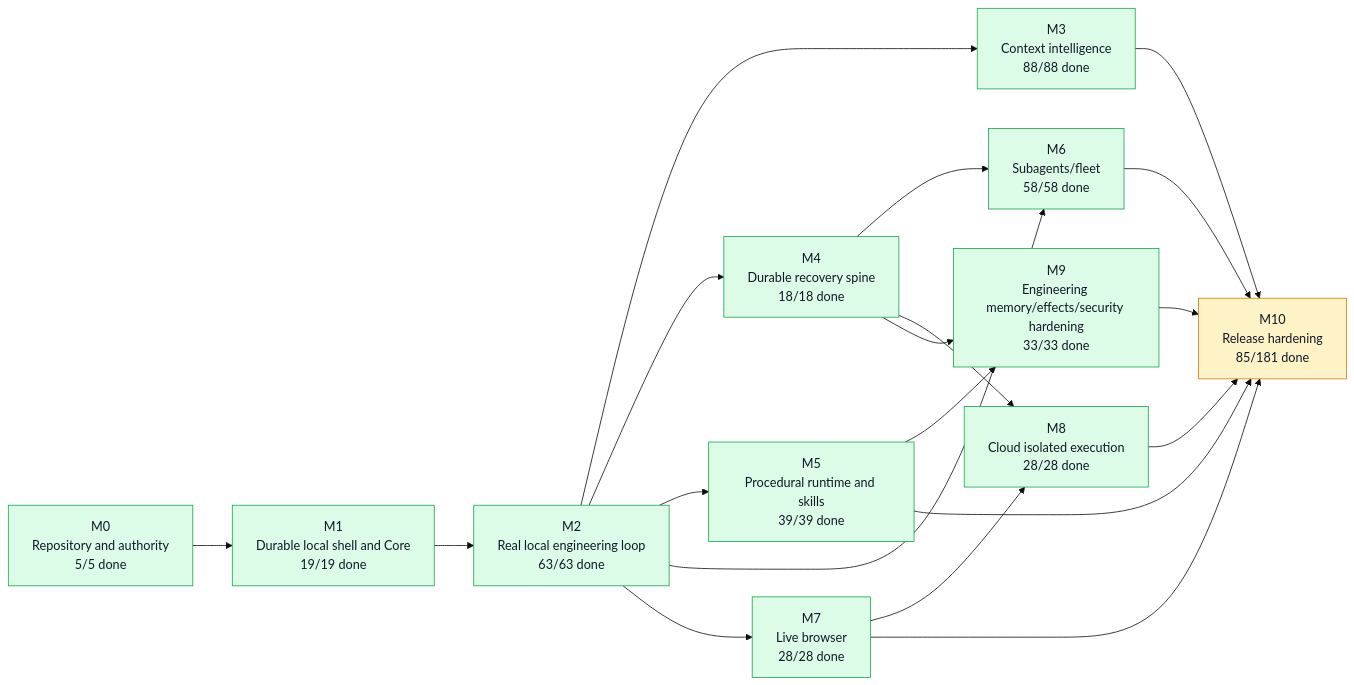
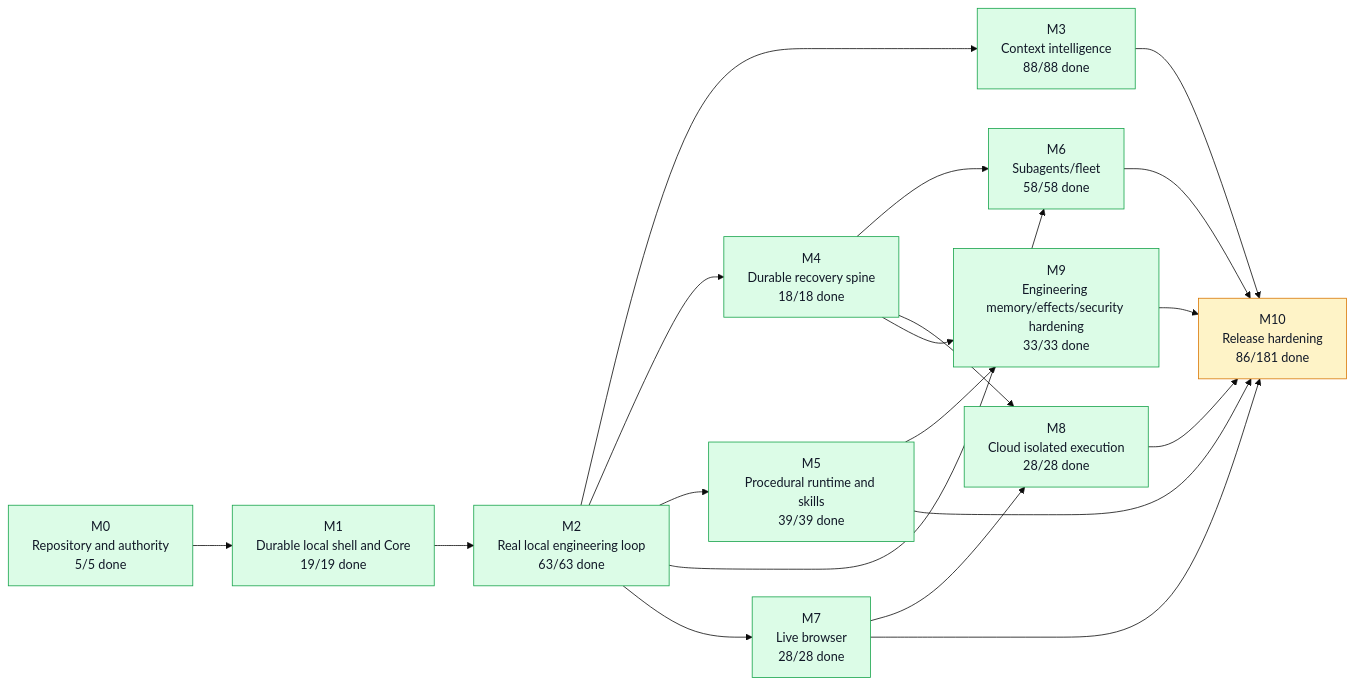
One commit to moss101/modbit changed the first of 5 diagrams in graph/PROJECT_GRAPH.md. Above: the diagram before and after it, drawn with Mermaid (base theme). The commit also changed other lines of this file and 5 other files, not shown here.

````diff
--- a/graph/PROJECT_GRAPH.md
+++ b/graph/PROJECT_GRAPH.md
@@ -57,43 +57,43 @@
 ```mermaid
 flowchart LR
   M0["M0<br/>Repository and authority<br/>5/5 done"]
   M1["M1<br/>Durable local shell and Core<br/>19/19 done"]
   M2["M2<br/>Real local engineering loop<br/>63/63 done"]
   M3["M3<br/>Context intelligence<br/>88/88 done"]
   M4["M4<br/>Durable recovery spine<br/>18/18 done"]
   M5["M5<br/>Procedural runtime and skills<br/>39/39 done"]
   M6["M6<br/>Subagents/fleet<br/>58/58 done"]
   M7["M7<br/>Live browser<br/>28/28 done"]
   M8["M8<br/>Cloud isolated execution<br/>28/28 done"]
   M9["M9<br/>Engineering memory/effects/security hardening<br/>33/33 done"]
-  M10["M10<br/>Release hardening<br/>85/181 done"]
+  M10["M10<br/>Release hardening<br/>86/181 done"]
   M0 --> M1
   M1 --> M2
   M2 --> M3
   M2 --> M4
   M2 --> M5
   M2 --> M6
   M4 --> M6
   M2 --> M7
   M4 --> M8
   M7 --> M8
   M4 --> M9
   M5 --> M9
   M3 --> M10
   M5 --> M10
   M6 --> M10
   M7 --> M10
   M8 --> M10
   M9 --> M10
   style M0 fill:#dcfce7,stroke:#16a34a,color:#111827
   style M1 fill:#dcfce7,stroke:#16a34a,color:#111827
   style M2 fill:#dcfce7,stroke:#16a34a,color:#111827
   style M3 fill:#dcfce7,stroke:#16a34a,color:#111827
   style M4 fill:#dcfce7,stroke:#16a34a,color:#111827
   style M5 fill:#dcfce7,stroke:#16a34a,color:#111827
   style M6 fill:#dcfce7,stroke:#16a34a,color:#111827
   style M7 fill:#dcfce7,stroke:#16a34a,color:#111827
   style M8 fill:#dcfce7,stroke:#16a34a,color:#111827
   style M9 fill:#dcfce7,stroke:#16a34a,color:#111827
   style M10 fill:#fef3c7,stroke:#d97706,color:#111827
 ```
````
